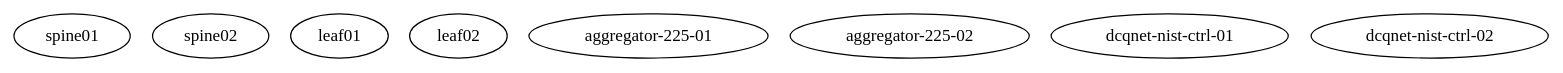
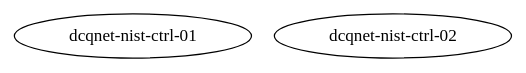
One commit to amlabdr/proxy_service changed the diagram in config/network_targets.dot. Above: the diagram before and after it, drawn with Graphviz. The commit also changed 2 other files, not shown here.

```diff
--- a/config/network_targets.dot
+++ b/config/network_targets.dot
@@ -1,12 +1,4 @@
 graph pni_network {
-   "spine01" [function="spine"  os="sonic" mgmt_ip="10.11.200.6" ports="32" username="admin" password="YourPaSsWoRd"]
-   "spine02" [function="spine"  os="sonic" mgmt_ip="10.11.200.7" ports="32" username="admin" password="YourPaSsWoRd"]
-   "leaf01" [function="leaf"  os="sonic" mgmt_ip="10.11.200.8" ports="32" username="admin" password="YourPaSsWoRd"]
-   "leaf02" [function="leaf"  os="sonic" mgmt_ip="10.11.200.9" ports="32" username="admin" password="YourPaSsWoRd"]
-
-   "aggregator-225-01" [function="aggregator"  os="sonic" mgmt_ip="10.11.200.20" ports="54" username="admin" password="YourPaSsWoRd"]
-   "aggregator-225-02" [function="aggregator"  os="sonic" mgmt_ip="10.11.200.21" ports="54" username="admin" password="YourPaSsWoRd"]
-   
    "dcqnet-nist-ctrl-01" [function="dcqnet-ctrl"  os="ocnos" mgmt_ip="10.11.200.18" ports="54" username="ocnos" password="ocnos"]
    "dcqnet-nist-ctrl-02" [function="dcqnet-ctrl"  os="ocnos" mgmt_ip="10.11.200.19" ports="54" username="ocnos" password="ocnos"]
 }
```
